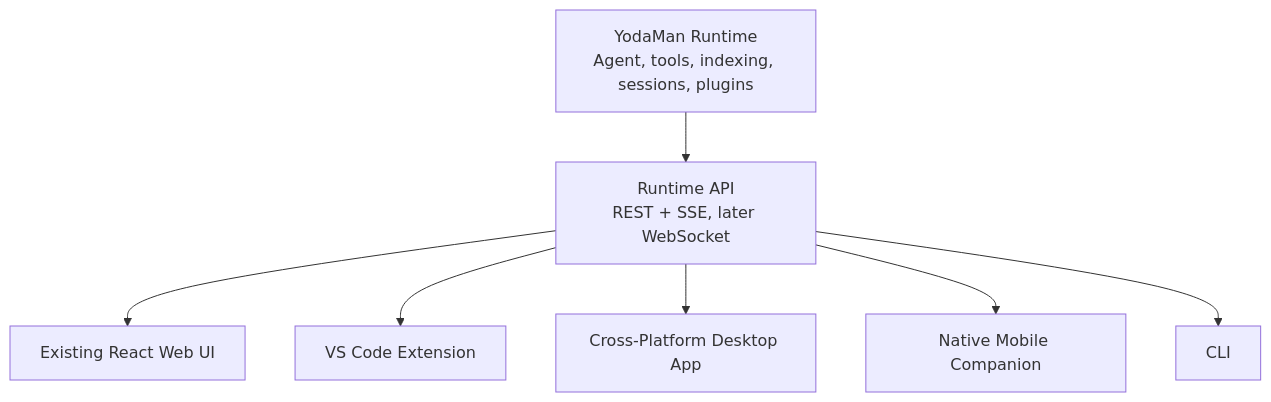
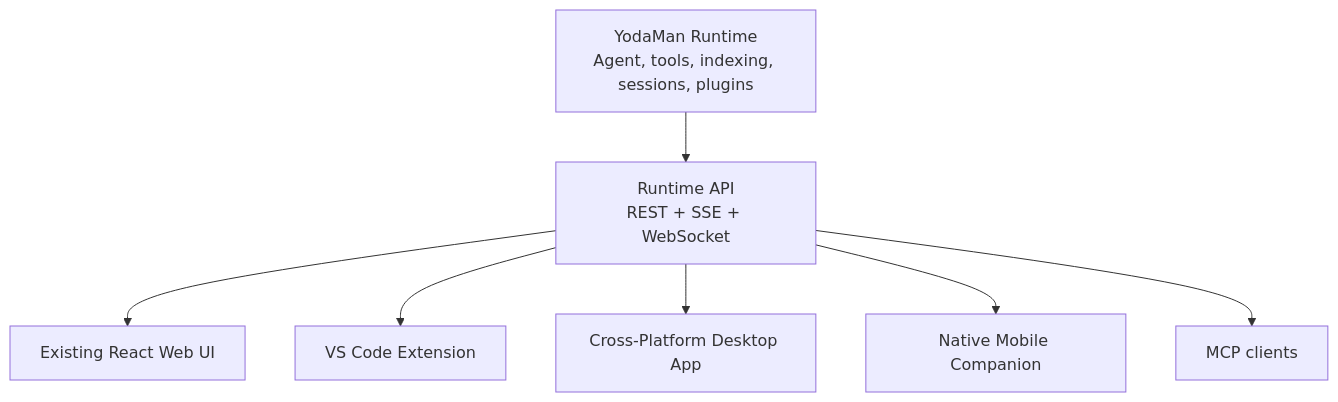
The second of 2 diagrams in docs/architecture/ecosystem-architecture.md (Yoda-Man/yodaman), drawn with Mermaid before and after one commit. The commit also changed other lines of this file and 58 other files, not shown here.

````diff
--- a/docs/architecture/ecosystem-architecture.md
+++ b/docs/architecture/ecosystem-architecture.md
@@ -66,17 +70,17 @@
 ```mermaid
 flowchart TD
     Runtime["YodaMan Runtime<br/>Agent, tools, indexing, sessions, plugins"]
-    API["Runtime API<br/>REST + SSE, later WebSocket"]
+    API["Runtime API<br/>REST + SSE + WebSocket"]
     Web["Existing React Web UI"]
     VSCode["VS Code Extension"]
     Desktop["Cross-Platform Desktop App"]
     Mobile["Native Mobile Companion"]
-    CLI["CLI"]
+    MCP["MCP clients"]
 
     Runtime --> API
     API --> Web
     API --> VSCode
     API --> Desktop
     API --> Mobile
-    API --> CLI
+    API --> MCP
 ```
````
